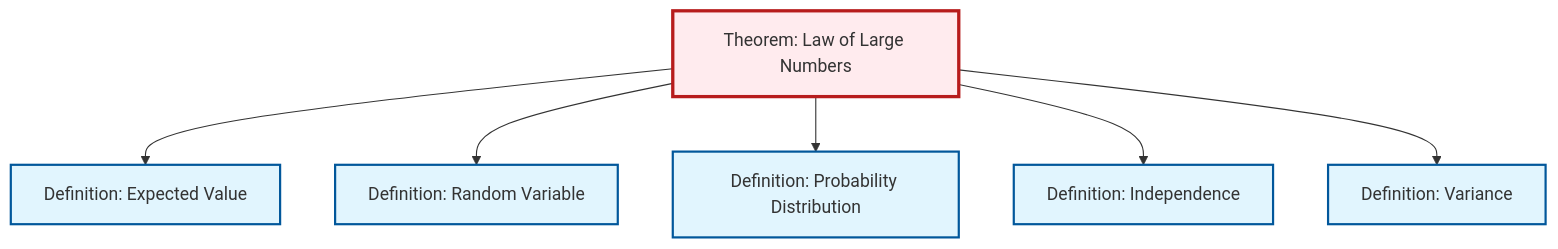
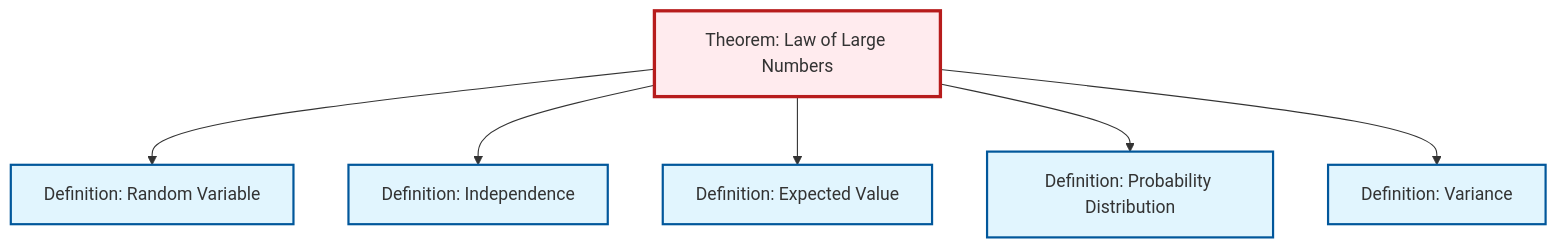
Before and after one commit to RK0429/ModernMath: the second of 2 diagrams in content/en/probability-statistics/thm-law-of-large-numbers.qmd, drawn with Mermaid. The commit also changed other lines of this file and 1012 other files, not shown here.

````diff
--- a/content/en/probability-statistics/thm-law-of-large-numbers.qmd
+++ b/content/en/probability-statistics/thm-law-of-large-numbers.qmd
@@ -89,26 +89,26 @@
 ```{mermaid}
 %%| fig-cap: "Local dependency graph"
 graph TD
     classDef definition fill:#e1f5fe,stroke:#01579b,stroke-width:2px
     classDef theorem fill:#f3e5f5,stroke:#4a148c,stroke-width:2px
     classDef axiom fill:#fff3e0,stroke:#e65100,stroke-width:2px
     classDef example fill:#e8f5e9,stroke:#1b5e20,stroke-width:2px
     classDef current fill:#ffebee,stroke:#b71c1c,stroke-width:3px
+    def-probability-distribution["Definition: Probability Distribution"]:::definition
     def-expectation["Definition: Expected Value"]:::definition
     def-random-variable["Definition: Random Variable"]:::definition
+    def-independence["Definition: Independence"]:::definition
+    thm-law-of-large-numbers["Theorem: Law of Large Numbers"]:::theorem
     def-variance["Definition: Variance"]:::definition
-    thm-law-of-large-numbers["Theorem: Law of Large Numbers"]:::theorem
-    def-independence["Definition: Independence"]:::definition
-    def-probability-distribution["Definition: Probability Distribution"]:::definition
+    thm-law-of-large-numbers --> def-random-variable
+    thm-law-of-large-numbers --> def-independence
     thm-law-of-large-numbers --> def-expectation
-    thm-law-of-large-numbers --> def-random-variable
     thm-law-of-large-numbers --> def-probability-distribution
-    thm-law-of-large-numbers --> def-independence
     thm-law-of-large-numbers --> def-variance
     class thm-law-of-large-numbers current
+    click def-probability-distribution "def-probability-distribution.html" "Go to Probability Distribution definition"
     click def-expectation "def-expectation.html" "Go to Expected Value definition"
     click def-random-variable "def-random-variable.html" "Go to Random Variable definition"
+    click def-independence "def-independence.html" "Go to Independence definition"
     click def-variance "def-variance.html" "Go to Variance definition"
-    click def-independence "def-independence.html" "Go to Independence definition"
-    click def-probability-distribution "def-probability-distribution.html" "Go to Probability Distribution definition"
 ```
````
